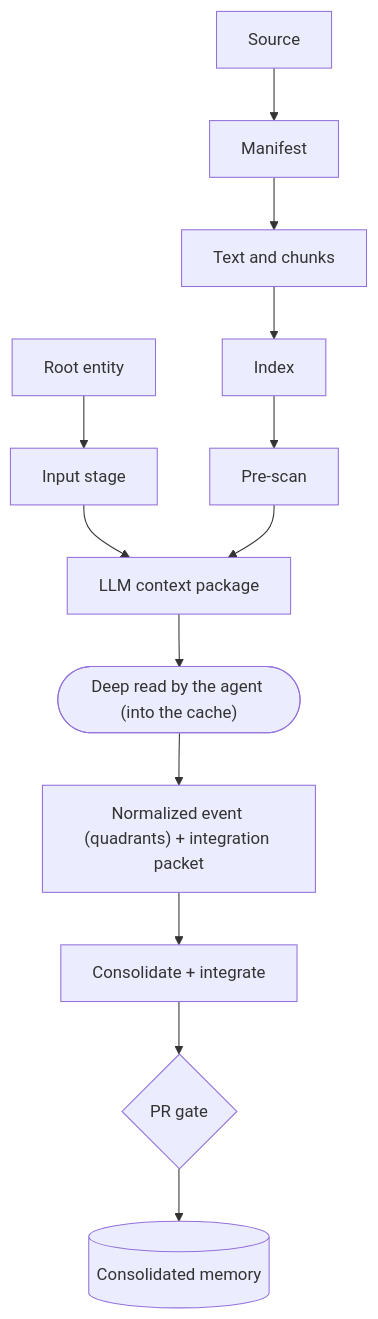
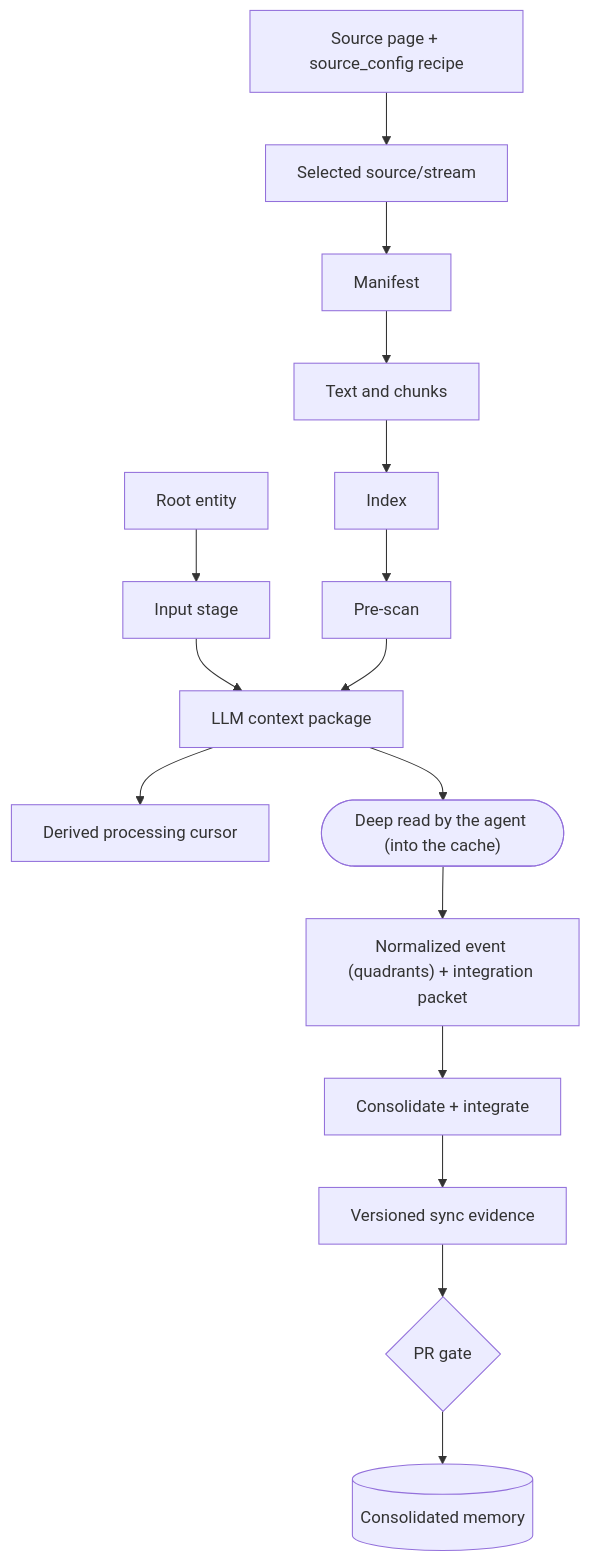
Before and after one commit to kimlage/wiki-viva-kit: the first of 2 diagrams in memories/system/wiki/ingestion-flow.md, drawn with Mermaid. The commit also changed other lines of this file and 53 other files, not shown here.

````diff
--- a/memories/system/wiki/ingestion-flow.md
+++ b/memories/system/wiki/ingestion-flow.md
@@ -47,15 +49,18 @@
 ```mermaid
 flowchart TD
     Root["Root entity"] --> Stage["Input stage"]
-    Source["Source"] --> Manifest["Manifest"]
+    Entity["Source page + source_config recipe"] --> Source["Selected source/stream"]
+    Source --> Manifest["Manifest"]
     Manifest --> Chunks["Text and chunks"]
     Chunks --> Index["Index"]
     Index --> Prescan["Pre-scan"]
     Stage --> Package["LLM context package"]
     Prescan --> Package["LLM context package"]
+    Package --> Cursor["Derived processing cursor"]
     Package --> DeepRead(["Deep read by the agent (into the cache)"])
     DeepRead --> Event["Normalized event (quadrants) + integration packet"]
     Event --> Integrate["Consolidate + integrate"]
-    Integrate --> PR{"PR gate"}
+    Integrate --> Receipt["Versioned sync evidence"]
+    Receipt --> PR{"PR gate"}
     PR --> Memory[("Consolidated memory")]
 ```
````
